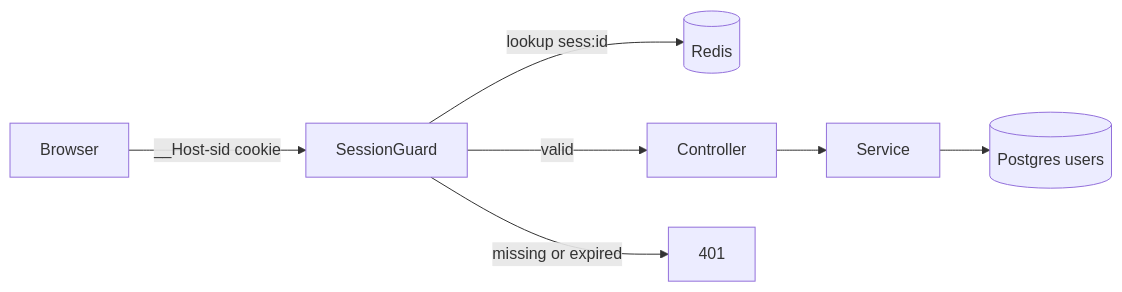
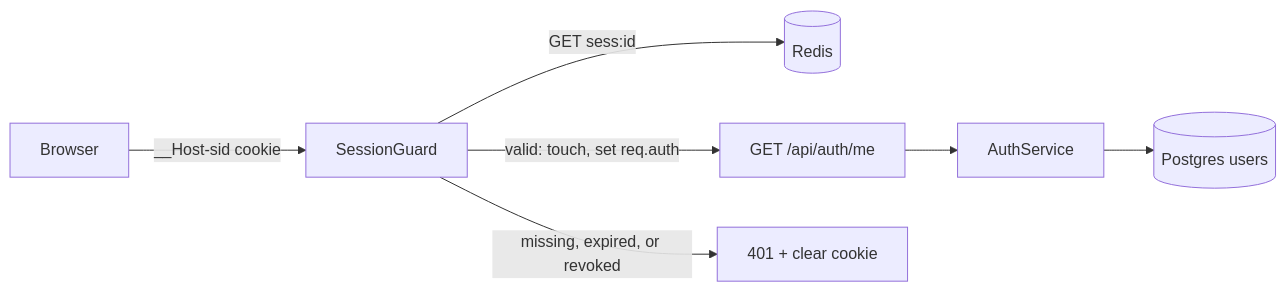
The first of 4 diagrams in docs/features/auth.md (orimazrafi/job-assistant), drawn with Mermaid before and after one commit. The commit also changed other lines of this file and 24 other files, not shown here.

First line of the commit message:
feat(001-02): Redis sessions, session cookie, guard, and GET /api/auth/me

````diff
--- a/docs/features/auth.md
+++ b/docs/features/auth.md
@@ -11,8 +11,8 @@
 ```mermaid
 flowchart LR
     B["Browser"] -->|"__Host-sid cookie"| G["SessionGuard"]
-    G -->|"lookup sess:id"| R[("Redis")]
-    G -->|"valid"| C["Controller"]
-    G -->|"missing or expired"| E["401"]
-    C --> S["Service"] --> P[("Postgres users")]
+    G -->|"GET sess:id"| R[("Redis")]
+    G -->|"valid: touch, set req.auth"| C["GET /api/auth/me"]
+    G -->|"missing, expired, or revoked"| E["401 + clear cookie"]
+    C --> S["AuthService"] --> P[("Postgres users")]
 ```
````
